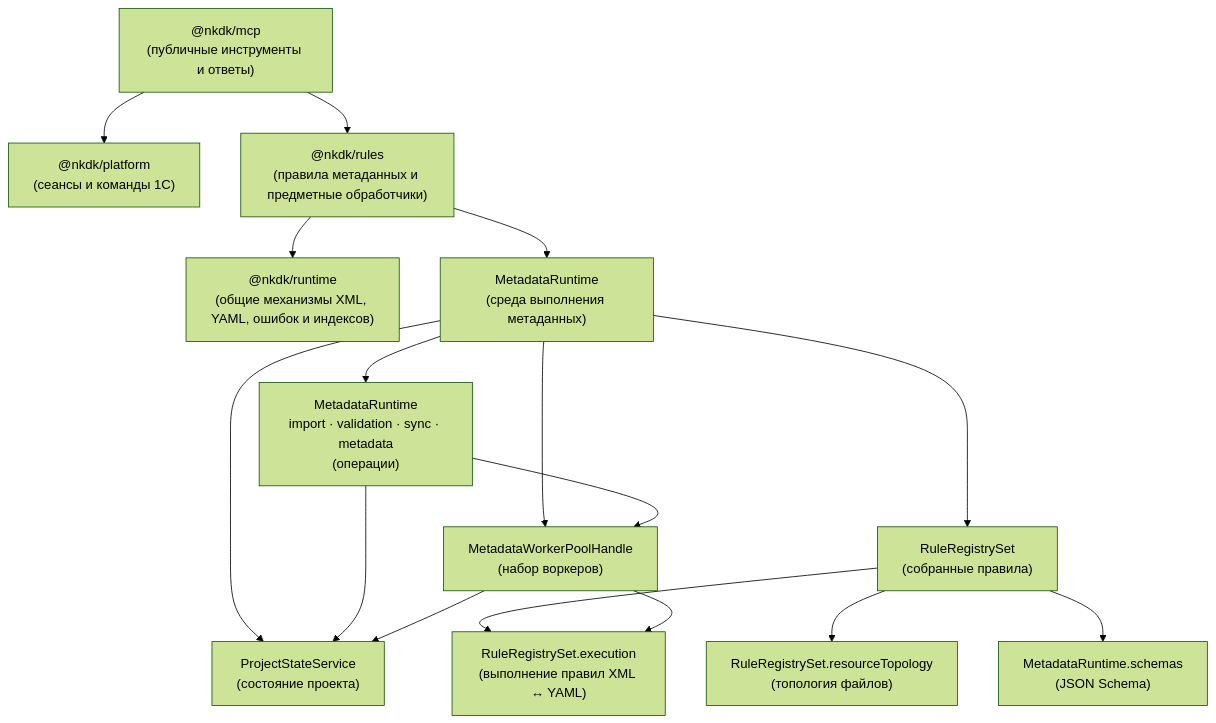
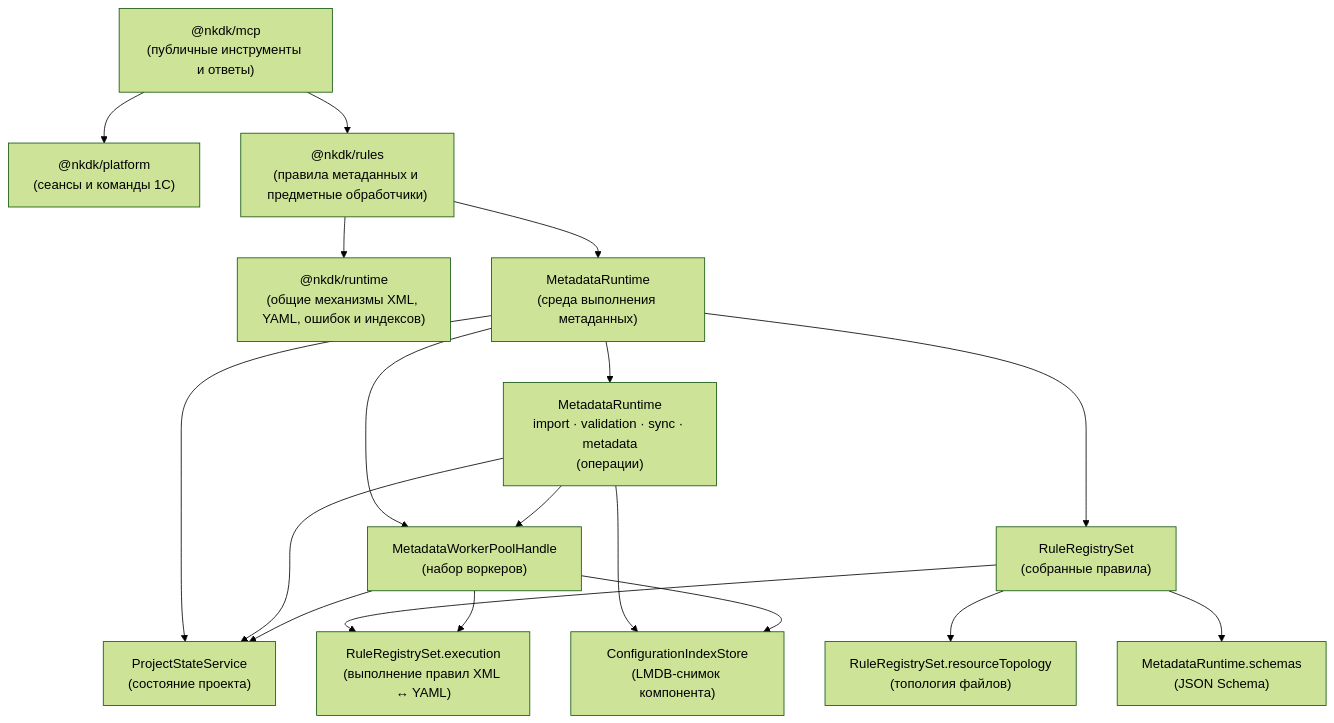
The first of 11 diagrams in .agents/architecture.md (crimsongoldteam/nkdk), drawn with Mermaid (forest theme) before and after one commit. The commit also changed other lines of this file and 1 other file, not shown here.

First line of the commit message:
docs: :memo: описать переход снимка компонента на LMDB

````diff
--- a/.agents/architecture.md
+++ b/.agents/architecture.md
@@ -38,26 +38,28 @@
 ```mermaid
 flowchart TD
   mcp["@nkdk/mcp<br/>(публичные инструменты и ответы)"]
   platform["@nkdk/platform<br/>(сеансы и команды 1С)"]
   rules["@nkdk/rules<br/>(правила метаданных и предметные обработчики)"]
   runtime["@nkdk/runtime<br/>(общие механизмы XML, YAML, ошибок и индексов)"]
 
   mcp --> platform
   mcp --> rules
   rules --> runtime
 
   rules --> metadataRuntime["MetadataRuntime<br/>(среда выполнения метаданных)"]
   metadataRuntime --> operations["MetadataRuntime<br/>import · validation · sync · metadata<br/>(операции)"]
   metadataRuntime --> projectState["ProjectStateService<br/>(состояние проекта)"]
   metadataRuntime --> workers["MetadataWorkerPoolHandle<br/>(набор воркеров)"]
   metadataRuntime --> registry["RuleRegistrySet<br/>(собранные правила)"]
 
   registry --> topology["RuleRegistrySet.resourceTopology<br/>(топология файлов)"]
   registry --> schemas["MetadataRuntime.schemas<br/>(JSON Schema)"]
   registry --> conversion["RuleRegistrySet.execution<br/>(выполнение правил XML ↔ YAML)"]
 
   operations --> projectState
   operations --> workers
+  operations --> snapshotStore["ConfigurationIndexStore<br/>(LMDB-снимок компонента)"]
   workers --> projectState
   workers --> conversion
+  workers --> snapshotStore
 ```
````
